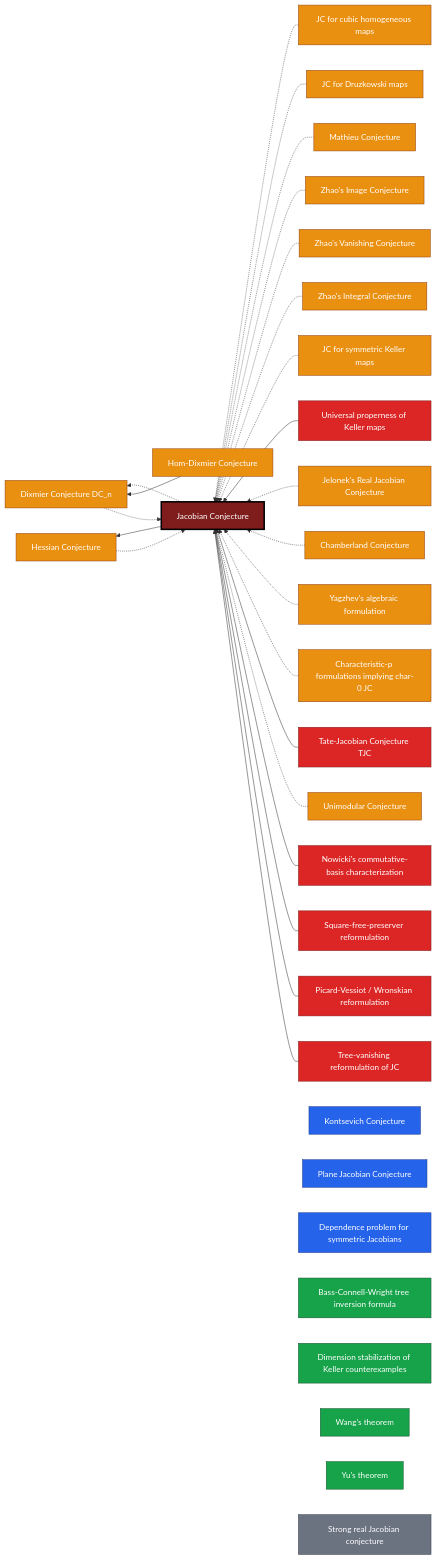
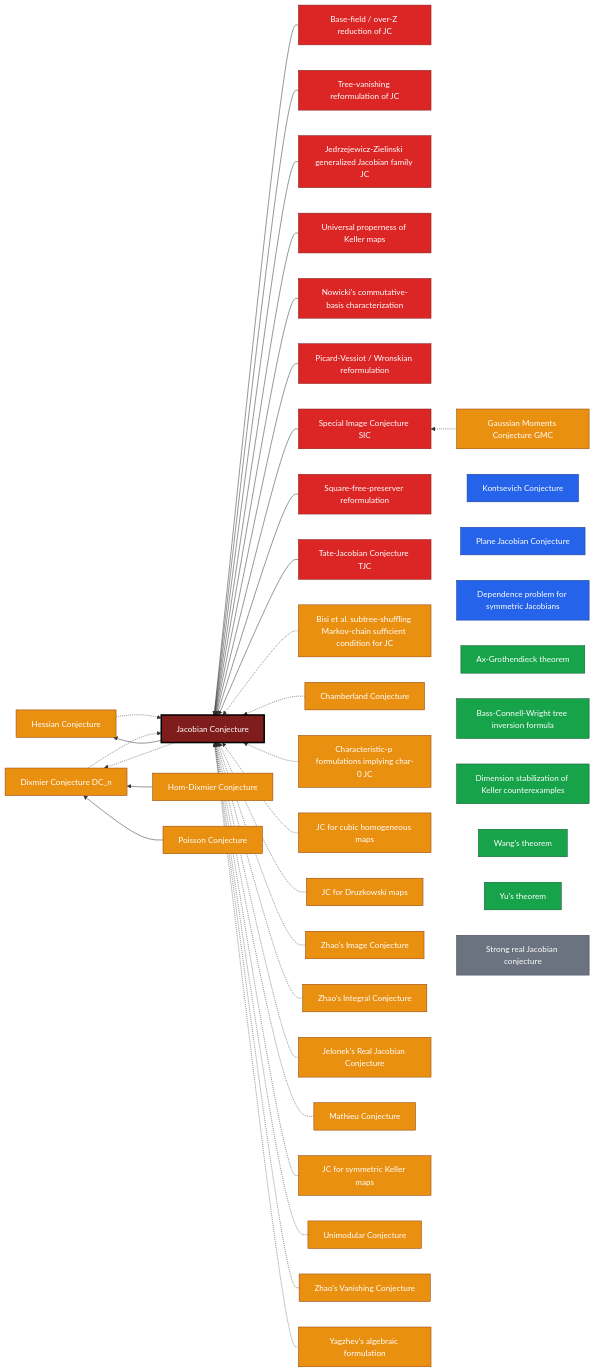
One commit to techno-optimist/erdos-frontier-atlas changed the diagram in atlas/jc-crater/README.md. Above: the diagram before and after it, drawn with Mermaid. The commit also changed other lines of this file and 10 other files, not shown here.

````diff
--- a/atlas/jc-crater/README.md
+++ b/atlas/jc-crater/README.md
@@ -58,62 +64,75 @@
 ```mermaid
 flowchart RL
   jacobian_conjecture["Jacobian Conjecture"]:::root
+  jc_over_char0_fields_and_z["Base-field / over-Z reduction of JC"]:::alln
   jc_tree_vanishing["Tree-vanishing reformulation of JC"]:::alln
+  jedrzejewicz_zielinski_jc_mnk["Jedrzejewicz-Zielinski generalized Jacobian family JC"]:::alln
   keller_properness_universal["Universal properness of Keller maps"]:::alln
   nowicki_commutative_basis["Nowicki's commutative-basis characterization"]:::alln
   picard_vessiot_reformulation["Picard-Vessiot / Wronskian reformulation"]:::alln
+  special_image_conjecture["Special Image Conjecture SIC"]:::alln
   square_free_preserver["Square-free-preserver reformulation"]:::alln
   tate_jacobian_conjecture["Tate-Jacobian Conjecture TJC"]:::alln
+  bisi_subtree_shuffle_markov_conjecture["Bisi et al. subtree-shuffling Markov-chain sufficient condition for JC"]:::somedim
   chamberland_conjecture["Chamberland Conjecture"]:::somedim
   char_p_strengthenings["Characteristic-p formulations implying char-0 JC"]:::somedim
   cubic_homogeneous_jc["JC for cubic homogeneous maps"]:::somedim
   dixmier_conjecture["Dixmier Conjecture DC_n"]:::somedim
   druzkowski_jc["JC for Druzkowski maps"]:::somedim
+  gaussian_moments_conjecture["Gaussian Moments Conjecture GMC"]:::somedim
   hessian_conjecture["Hessian Conjecture"]:::somedim
   hom_dixmier_conjecture["Hom-Dixmier Conjecture"]:::somedim
   image_conjecture["Zhao's Image Conjecture"]:::somedim
   integral_conjecture["Zhao's Integral Conjecture"]:::somedim
   jelonek_real_jc["Jelonek's Real Jacobian Conjecture"]:::somedim
   mathieu_conjecture["Mathieu Conjecture"]:::somedim
+  poisson_conjecture["Poisson Conjecture"]:::somedim
   symmetric_jc["JC for symmetric Keller maps"]:::somedim
   unimodular_conjecture["Unimodular Conjecture"]:::somedim
   vanishing_conjecture["Zhao's Vanishing Conjecture"]:::somedim
   yagzhev_engel_capelli["Yagzhev's algebraic formulation"]:::somedim
   kontsevich_conjecture_weyl["Kontsevich Conjecture"]:::open
   plane_jacobian_conjecture["Plane Jacobian Conjecture"]:::open
   symmetric_dependence_problem["Dependence problem for symmetric Jacobians"]:::open
+  ax_grothendieck_theorem["Ax-Grothendieck theorem"]:::theorem
   bcw_tree_formula["Bass-Connell-Wright tree inversion formula"]:::theorem
   jc_dimension_padding["Dimension stabilization of Keller counterexamples"]:::theorem
   wang_degree_two_theorem["Wang's theorem"]:::theorem
   yu_nonnegative_theorem["Yu's theorem"]:::theorem
   real_jc_nonvanishing["Strong real Jacobian conjecture"]:::indep
   dixmier_conjecture -.-> jacobian_conjecture
   jacobian_conjecture -.-> dixmier_conjecture
   cubic_homogeneous_jc -.-> jacobian_conjecture
   druzkowski_jc -.-> jacobian_conjecture
   mathieu_conjecture -.-> jacobian_conjecture
   image_conjecture -.-> jacobian_conjecture
   vanishing_conjecture -.-> jacobian_conjecture
   hessian_conjecture -.-> jacobian_conjecture
   jacobian_conjecture --> hessian_conjecture
   integral_conjecture -.-> jacobian_conjecture
   symmetric_jc -.-> jacobian_conjecture
   keller_properness_universal --> jacobian_conjecture
   jelonek_real_jc -.-> jacobian_conjecture
   chamberland_conjecture -.-> jacobian_conjecture
   yagzhev_engel_capelli -.-> jacobian_conjecture
   hom_dixmier_conjecture --> dixmier_conjecture
   char_p_strengthenings -.-> jacobian_conjecture
   tate_jacobian_conjecture --> jacobian_conjecture
   unimodular_conjecture -.-> jacobian_conjecture
   nowicki_commutative_basis --> jacobian_conjecture
   square_free_preserver --> jacobian_conjecture
   picard_vessiot_reformulation --> jacobian_conjecture
   jc_tree_vanishing --> jacobian_conjecture
+  gaussian_moments_conjecture -.-> special_image_conjecture
+  special_image_conjecture --> jacobian_conjecture
+  poisson_conjecture --> dixmier_conjecture
+  jc_over_char0_fields_and_z --> jacobian_conjecture
+  jedrzejewicz_zielinski_jc_mnk --> jacobian_conjecture
+  bisi_subtree_shuffle_markov_conjecture -.-> jacobian_conjecture
   classDef root fill:#7f1d1d,stroke:#000,color:#fff,stroke-width:3px;
   classDef alln fill:#dc2626,stroke:#7f1d1d,color:#fff;
   classDef somedim fill:#ea9010,stroke:#92400e,color:#fff;
   classDef open fill:#2563eb,stroke:#1e3a8a,color:#fff;
   classDef theorem fill:#16a34a,stroke:#14532d,color:#fff;
   classDef indep fill:#6b7280,stroke:#374151,color:#fff;
 ```
````
